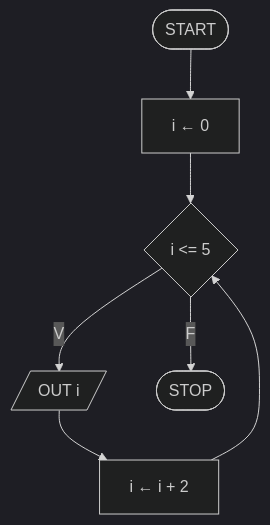
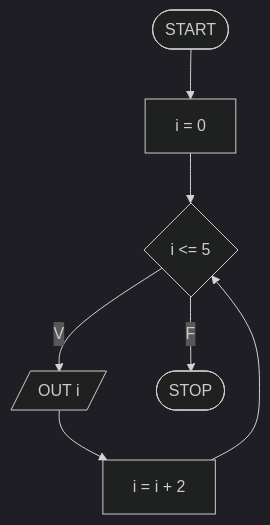
Before and after one commit to pg-laboratorio/flowcharts_laboratorio_esercizi: diagram 18 of 28 in flowcharts_soluzioni.md, drawn with Mermaid (dark theme). The commit also changed other lines of this file, not shown here.

````diff
--- a/flowcharts_soluzioni.md
+++ b/flowcharts_soluzioni.md
@@ -408,9 +408,9 @@
 ```mermaid
 graph TD
-    START([START]) --> INIT["i ← 0"]
+    START([START]) --> INIT["i = 0"]
     INIT --> COND{"i <= 5"}
     COND -- V --> OUTPUT[/"OUT i"/]
-    OUTPUT --> INC["i ← i + 2"]
+    OUTPUT --> INC["i = i + 2"]
     INC --> COND
     COND -- F --> STOP([STOP])
 ```
````
